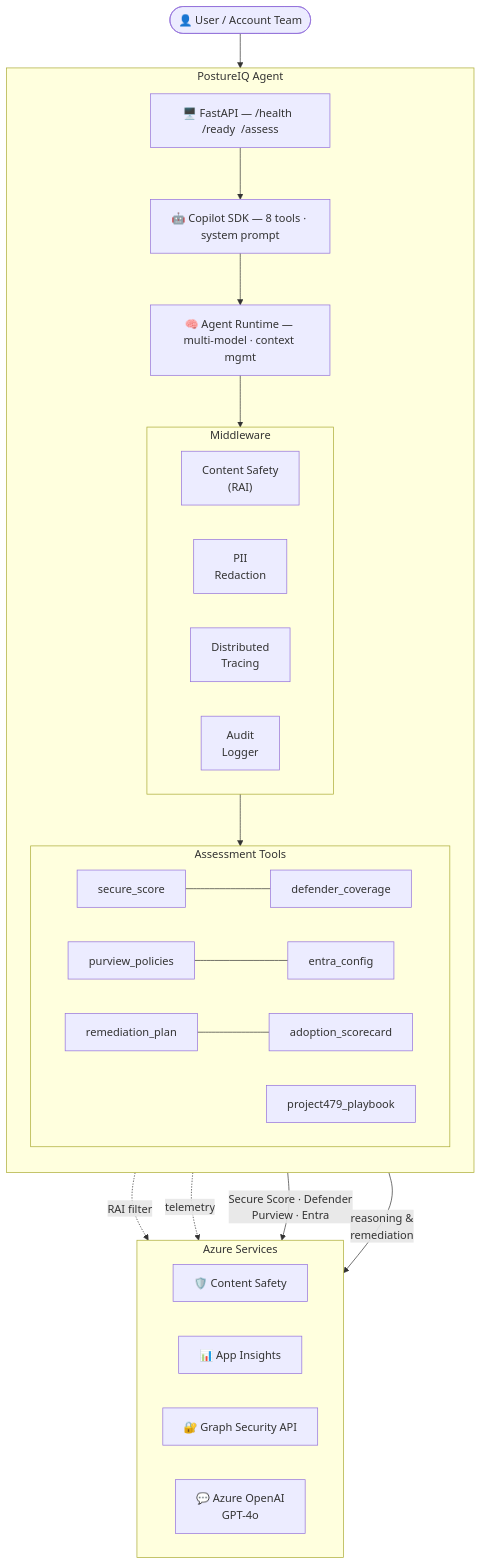
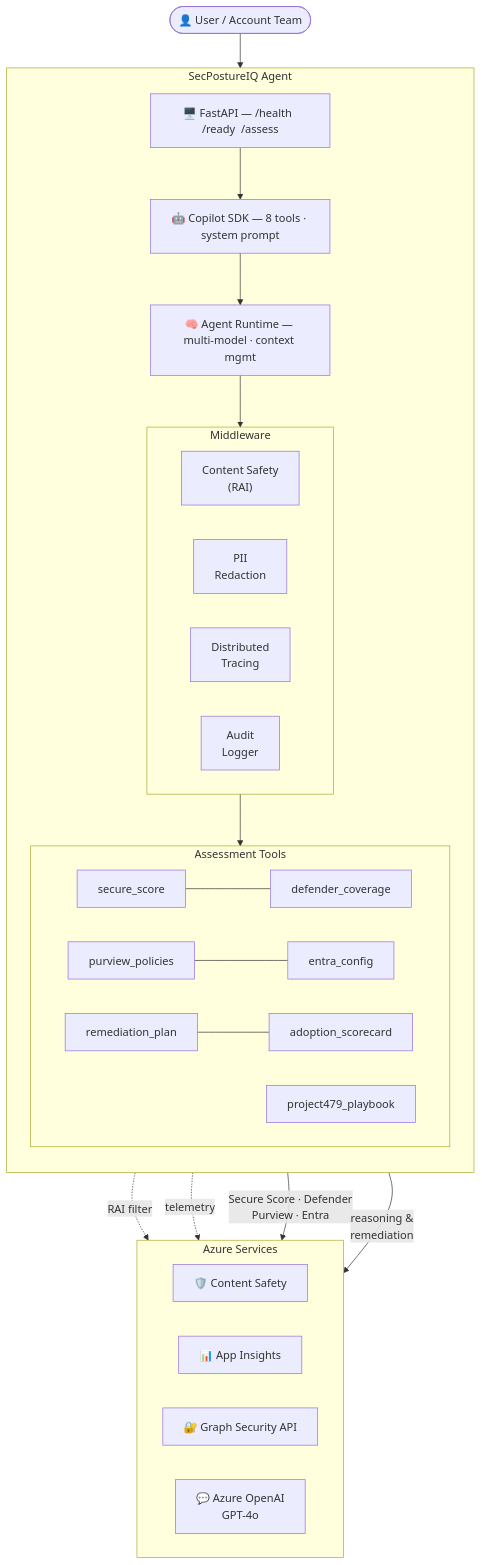
The diagram in docs/diagrams/high-level-architecture.mmd (9owlsboston/posture-iq), drawn with Mermaid before and after one commit. The commit also changed 85 other files, not shown here.

First line of the commit message:
chore: rebrand PostureIQ → SecPostureIQ

```diff
--- a/docs/diagrams/high-level-architecture.mmd
+++ b/docs/diagrams/high-level-architecture.mmd
@@ -1,43 +1,43 @@
 flowchart TB
     User(["👤 User / Account Team"])
 
-    subgraph AGENT ["PostureIQ Agent"]
+    subgraph AGENT ["SecPostureIQ Agent"]
         direction TB
         API["🖥️ FastAPI — /health  /ready  /assess"]
         SDK["🤖 Copilot SDK — 8 tools · system prompt"]
         RT["🧠 Agent Runtime — multi-model · context mgmt"]
 
         API --> SDK --> RT
 
         subgraph MW ["Middleware"]
             direction LR
             CS_MW["Content Safety\n(RAI)"]
             PII["PII\nRedaction"]
             TR["Distributed\nTracing"]
             AL["Audit\nLogger"]
         end
 
         subgraph TOOLS ["Assessment Tools"]
             direction LR
             T1["secure_score"] --- T2["defender_coverage"]
             T3["purview_policies"] --- T4["entra_config"]
             T5["remediation_plan"] --- T6["adoption_scorecard"]
             T7["project479_playbook"]
         end
 
         RT --> MW --> TOOLS
     end
 
     subgraph AZURE ["Azure Services"]
         direction LR
         CSAPI["🛡️ Content Safety"]
         APPINS["📊 App Insights"]
         GRAPH["🔐 Graph Security API"]
         OPENAI["💬 Azure OpenAI\nGPT-4o"]
     end
 
     User --> API
     MW -.->|"RAI filter"| CSAPI
     MW -.->|"telemetry"| APPINS
     TOOLS -->|"Secure Score · Defender\nPurview · Entra"| GRAPH
     TOOLS -->|"reasoning &\nremediation"| OPENAI
```
